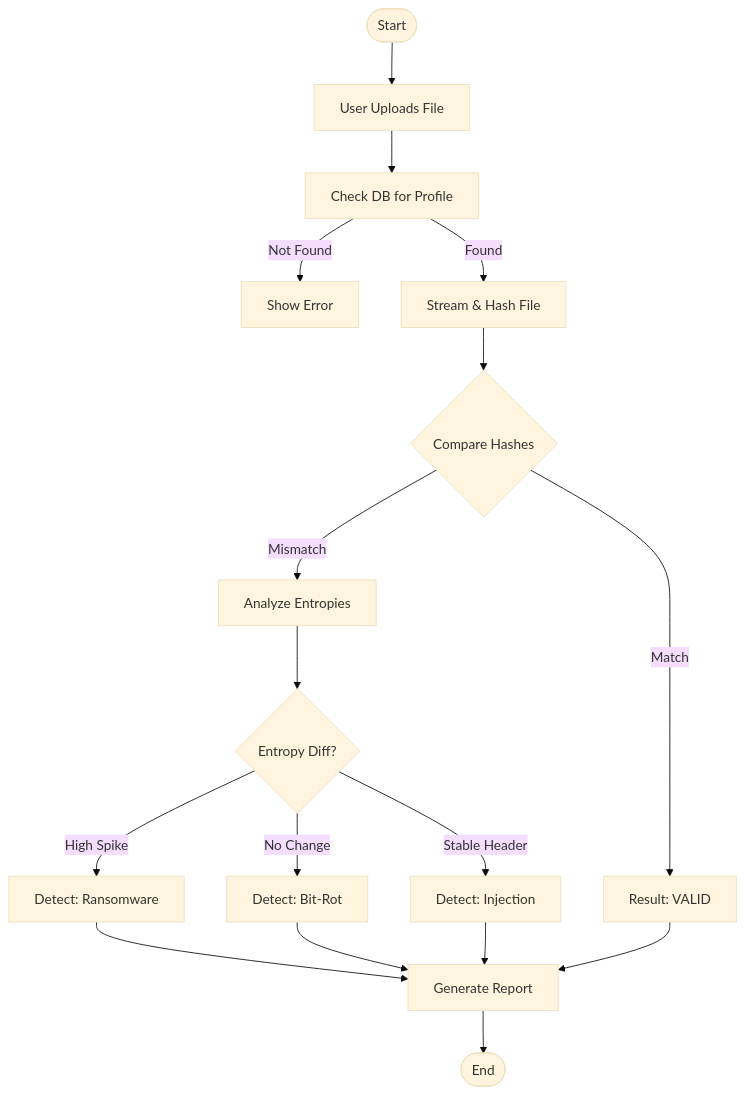
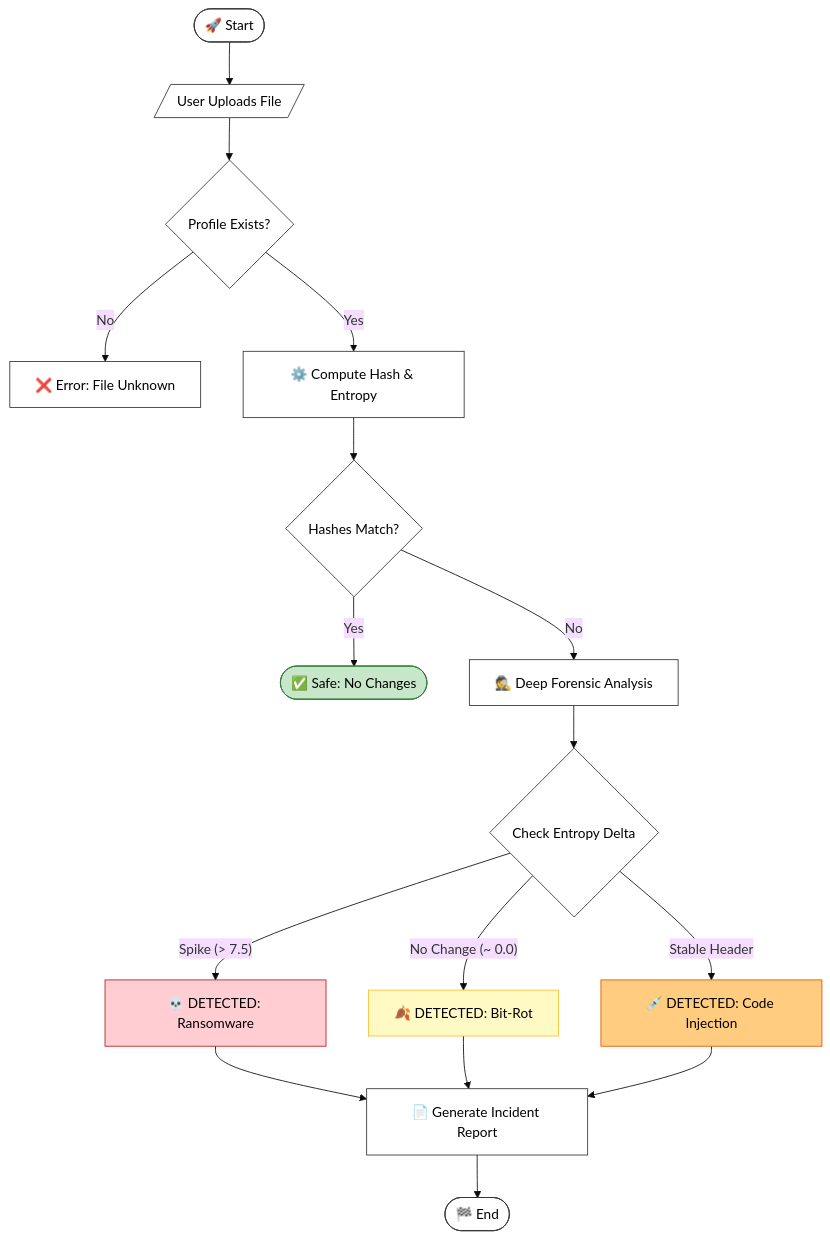
Before and after one commit to vaishnav4281/file-integrity: the eighth of 8 diagrams in Structure.md, drawn with Mermaid (base theme). The commit also changed other lines of this file, not shown here.

````diff
--- a/Structure.md
+++ b/Structure.md
@@ -193,22 +219,29 @@
 ```mermaid
 flowchart TD
-    Start([Start]) --> Upload[User Uploads File]
-    Upload --> Check[Check DB for Profile]
-    Check -- Not Found --> Error[Show Error]
-    Check -- Found --> Hash[Stream & Hash File]
-    Hash --> Compare{Compare Hashes}
+    classDef default fill:#fff,stroke:#333,stroke-width:1px,color:black;
+    Start([🚀 Start]) --> Upload[/User Uploads File/]
+    Upload --> DBQuery{"Profile Exists?"}
     
-    Compare -- Match --> Safe[Result: VALID]
-    Compare -- Mismatch --> Analyze[Analyze Entropies]
+    DBQuery -- No --> Error["❌ Error: File Unknown"]
+    DBQuery -- Yes --> Process["⚙️ Compute Hash & Entropy"]
     
-    Analyze --> CheckEntropy{Entropy Diff?}
-    CheckEntropy -- "High Spike" --> Ransom[Detect: Ransomware]
-    CheckEntropy -- "No Change" --> BitRot[Detect: Bit-Rot]
-    CheckEntropy -- "Stable Header" --> Trojan[Detect: Injection]
+    Process --> Compare{"Hashes Match?"}
     
-    Ransom --> Report[Generate Report]
-    BitRot --> Report
-    Trojan --> Report
-    Safe --> Report
-    Report --> End([End])
+    Compare -- Yes --> Safe(["✅ Safe: No Changes"])
+    
+    Compare -- No --> Analysis["🕵️ Deep Forensic Analysis"]
+    
+    Analysis --> CheckEntropy{"Check Entropy Delta"}
+    
+    CheckEntropy -- "Spike (> 7.5)" --> Ransom["💀 DETECTED: Ransomware"]
+    CheckEntropy -- "No Change (~ 0.0)" --> BitRot["🍂 DETECTED: Bit-Rot"]
+    CheckEntropy -- "Stable Header" --> Trojan["💉 DETECTED: Code Injection"]
+    
+    Ransom & BitRot & Trojan --> Report["📄 Generate Incident Report"]
+    Report --> End([🏁 End])
+
+    style Ransom fill:#ffcdd2,stroke:#b71c1c,color:black
+    style BitRot fill:#fff9c4,stroke:#fbc02d,color:black
+    style Trojan fill:#ffcc80,stroke:#e65100,color:black
+    style Safe fill:#c8e6c9,stroke:#2e7d32,color:black
 ```
````
